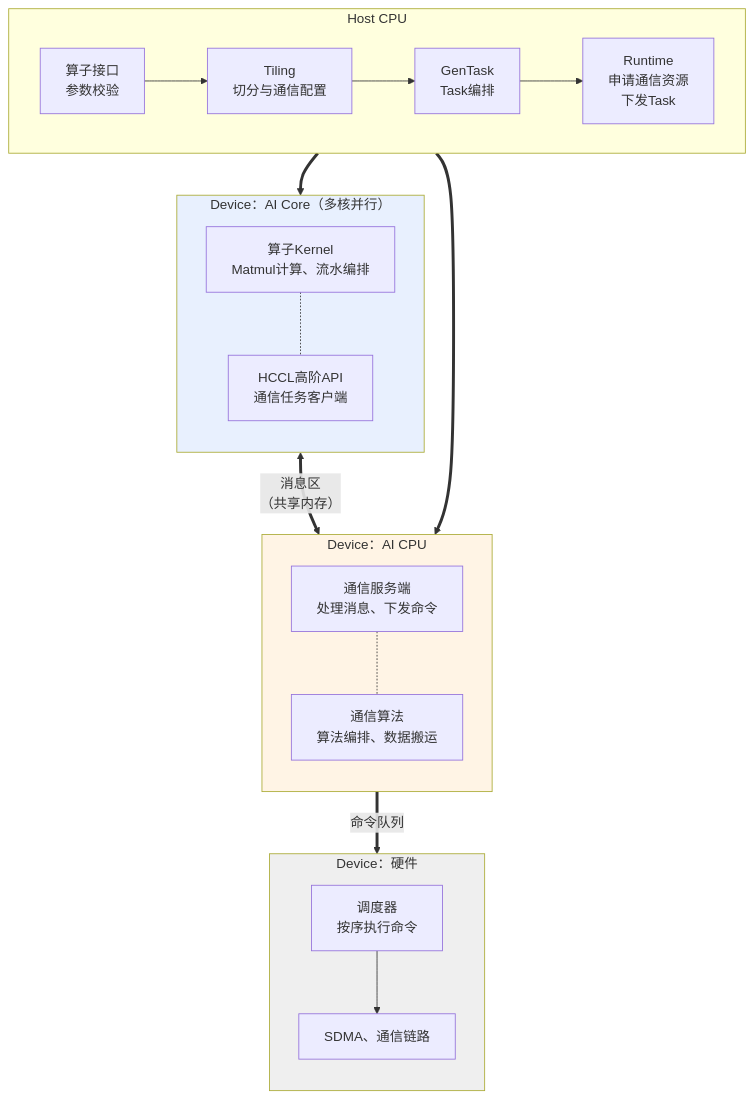
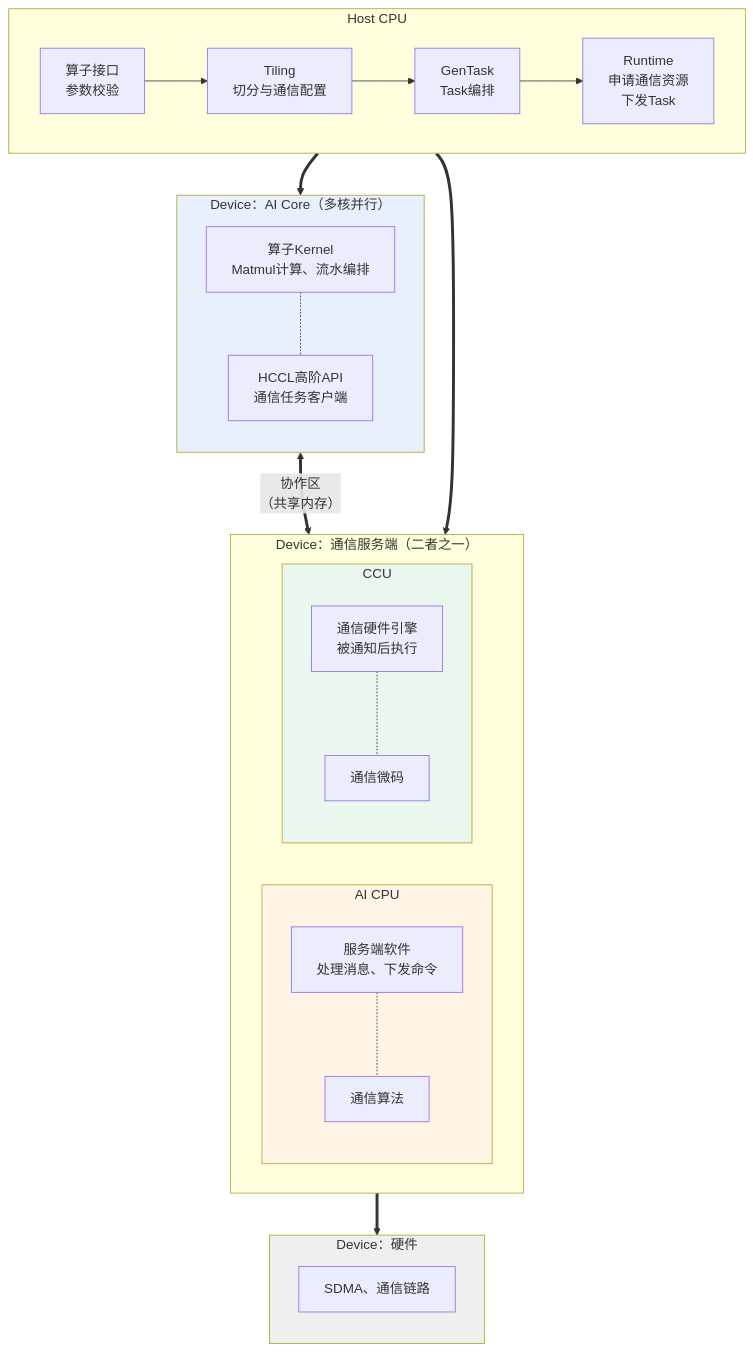
The second of 3 diagrams in docs/zh/编程模型/MC2编程模型/概述.md (Atlas-Ascend-Fork/asc-comm), drawn with Mermaid before and after one commit. The commit also changed other lines of this file and 1 other file, not shown here.

````diff
--- a/docs/zh/编程模型/MC2编程模型/概述.md
+++ b/docs/zh/编程模型/MC2编程模型/概述.md
@@ -69,41 +71,49 @@
 ```mermaid
 flowchart TB
     subgraph HOST["Host CPU"]
         direction LR
         H1["算子接口<br/>参数校验"]
         H2["Tiling<br/>切分与通信配置"]
         H3["GenTask<br/>Task编排"]
         H4["Runtime<br/>申请通信资源<br/>下发Task"]
         H1 --> H2 --> H3 --> H4
     end
 
     subgraph AICORE["Device：AI Core（多核并行）"]
         direction TB
         C1["算子Kernel<br/>Matmul计算、流水编排"]
         C2["HCCL高阶API<br/>通信任务客户端"]
         C1 -.- C2
     end
 
-    subgraph AICPU["Device：AI CPU"]
-        direction TB
-        P1["通信服务端<br/>处理消息、下发命令"]
-        P2["通信算法<br/>算法编排、数据搬运"]
-        P1 -.- P2
+    subgraph SERVER["Device：通信服务端（二者之一）"]
+        direction LR
+        subgraph CPUSIDE["AI CPU"]
+            direction TB
+            P1["服务端软件<br/>处理消息、下发命令"]
+            P2["通信算法"]
+            P1 -.- P2
+        end
+        subgraph CCUSIDE["CCU"]
+            direction TB
+            Q1["通信硬件引擎<br/>被通知后执行"]
+            Q2["通信微码"]
+            Q1 -.- Q2
+        end
     end
 
     subgraph HW["Device：硬件"]
         direction TB
-        W1["调度器<br/>按序执行命令"]
-        W2["SDMA、通信链路"]
-        W1 --> W2
+        W1["SDMA、通信链路"]
     end
 
     H4 ==> AICORE
-    H4 ==> AICPU
-    C2 <==>|"消息区<br/>（共享内存）"| P1
-    P2 ==>|"命令队列"| W1
+    H4 ==> SERVER
+    C2 <==>|"协作区<br/>（共享内存）"| SERVER
+    SERVER ==> HW
 
     style AICORE fill:#e8f0fe
-    style AICPU fill:#fff4e5
+    style CPUSIDE fill:#fff4e5
+    style CCUSIDE fill:#e9f7ef
     style HW fill:#efefef
 ```
````
